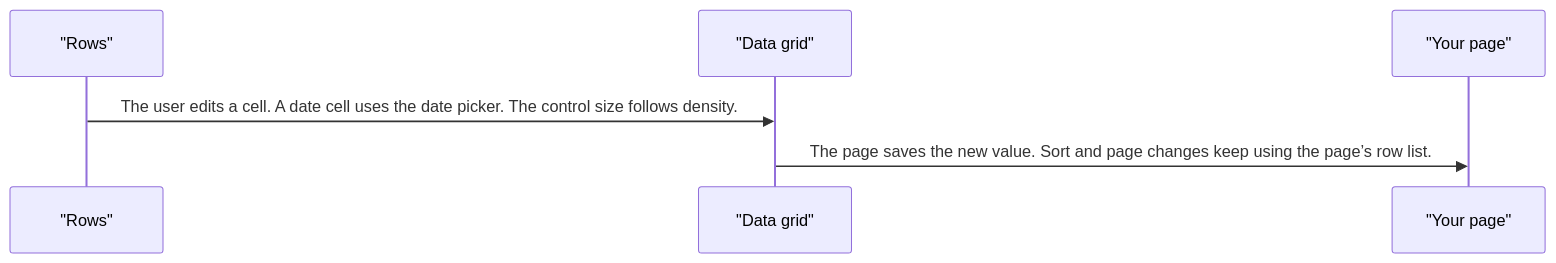
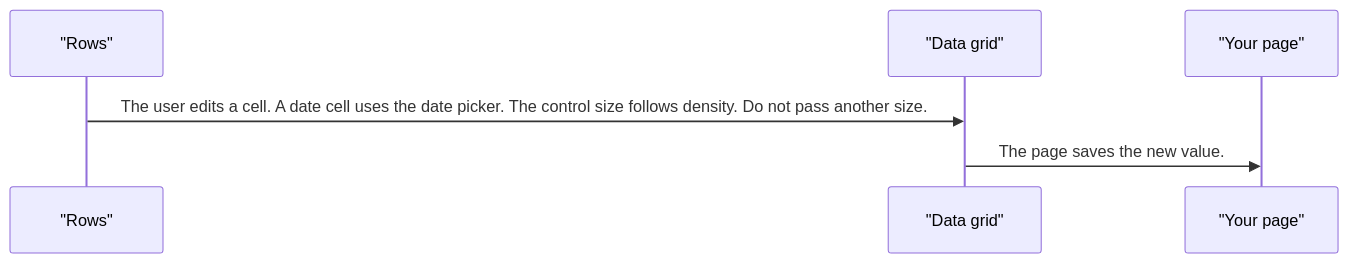
Before and after one commit to RajshekharBorate/pixel-ui: the fourth of 6 diagrams in projects/pixel-ui/src/lib/pixel-data-grid/DESIGN.md, drawn with Mermaid. The commit also changed other lines of this file and 80 other files, not shown here.

Commit message:
Fill missing design flows and correct the stories that did not match component behavior.

````diff
--- a/projects/pixel-ui/src/lib/pixel-data-grid/DESIGN.md
+++ b/projects/pixel-ui/src/lib/pixel-data-grid/DESIGN.md
@@ -85,8 +93,8 @@
 ```mermaid
 sequenceDiagram
   participant row as "Rows"
   participant grid as "Data grid"
   participant page as "Your page"
-  row->>grid: The user edits a cell. A date cell uses the date picker. The control size follows density.
-  grid->>page: The page saves the new value. Sort and page changes keep using the page’s row list.
+  row->>grid: The user edits a cell. A date cell uses the date picker. The control size follows density. Do not pass another size.
+  grid->>page: The page saves the new value.
 ```
````
